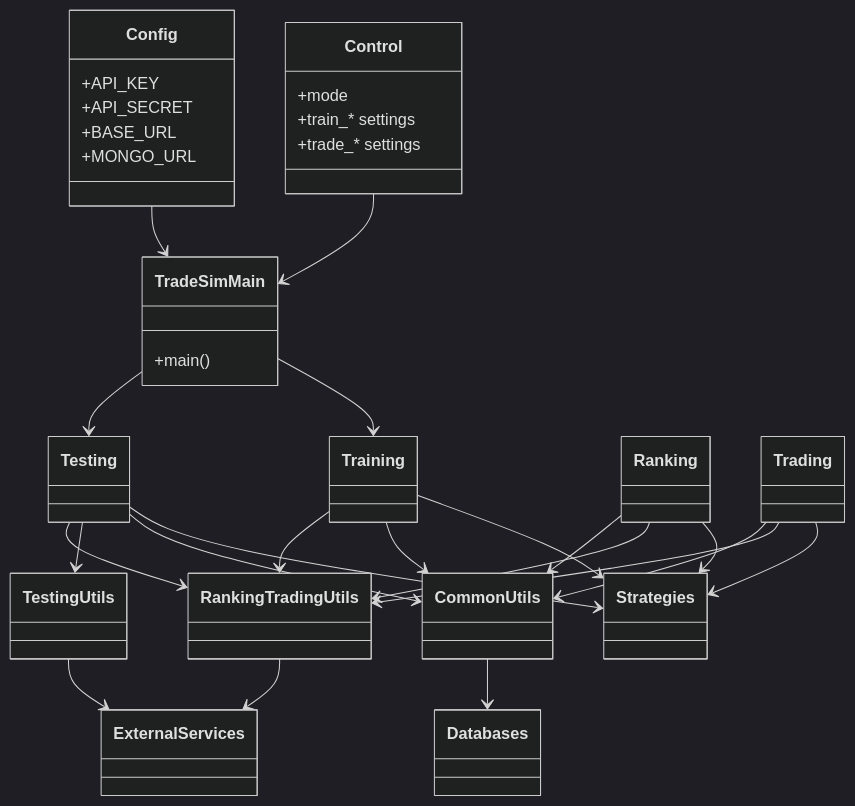
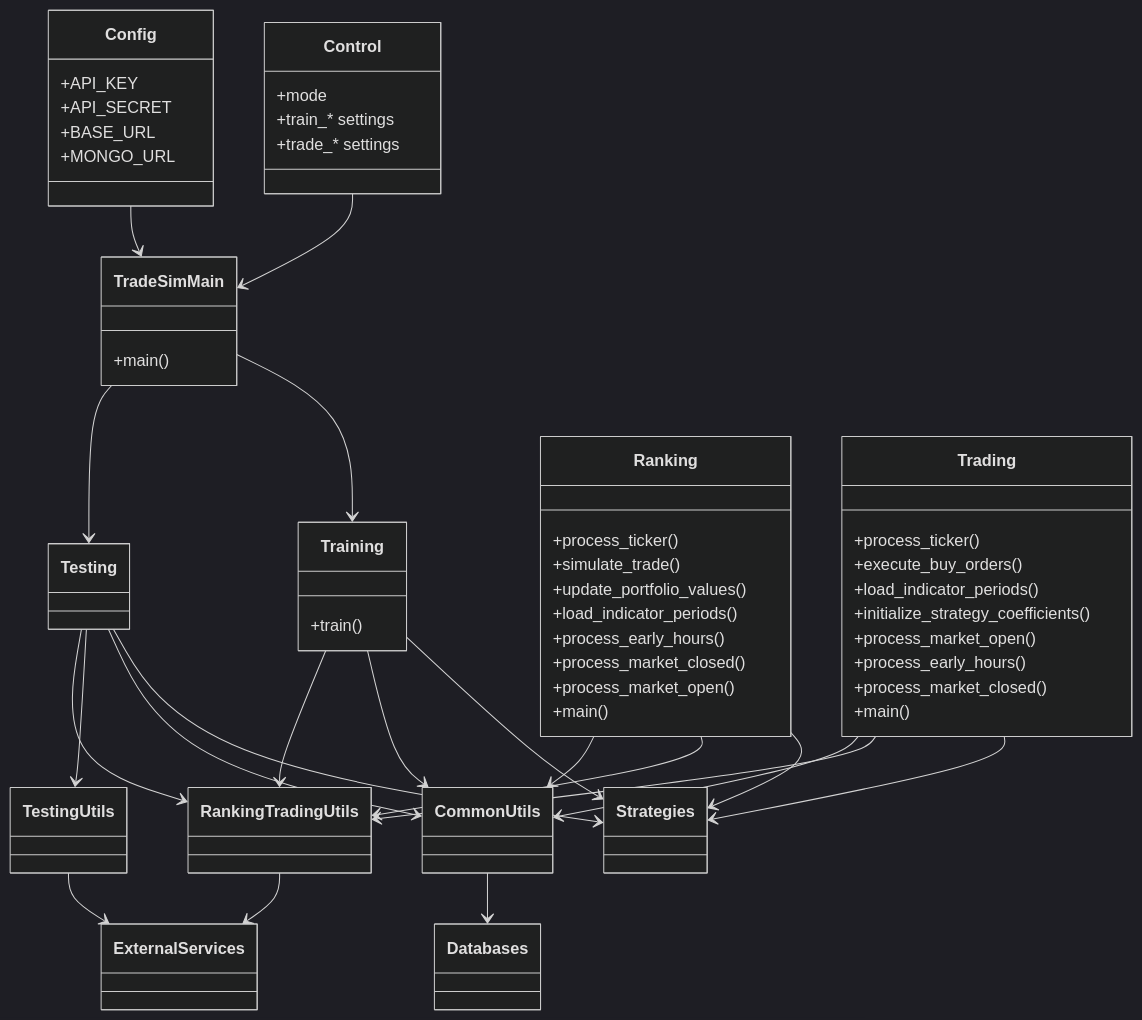
Before and after one commit to kapowie/ampyfin2: the diagram in docs/domain_model.mmd, drawn with Mermaid (dark theme).

Commit message:
docs: include key functions in domain model

```diff
--- a/docs/domain_model.mmd
+++ b/docs/domain_model.mmd
@@ -1,52 +1,72 @@
 classDiagram
     class Control {
         +mode
         +train_* settings
         +trade_* settings
     }
     class Config {
         +API_KEY
         +API_SECRET
         +BASE_URL
         +MONGO_URL
     }
     class TradeSimMain {
         +main()
     }
-    class Training
+    class Training {
+        +train()
+    }
     class Testing
-    class Ranking
-    class Trading
+    class Ranking {
+        +process_ticker()
+        +simulate_trade()
+        +update_portfolio_values()
+        +load_indicator_periods()
+        +process_early_hours()
+        +process_market_closed()
+        +process_market_open()
+        +main()
+    }
+    class Trading {
+        +process_ticker()
+        +execute_buy_orders()
+        +load_indicator_periods()
+        +initialize_strategy_coefficients()
+        +process_market_open()
+        +process_early_hours()
+        +process_market_closed()
+        +main()
+    }
     class Strategies
     class CommonUtils
     class RankingTradingUtils
     class TestingUtils
     class Databases
     class ExternalServices
 
     Control --> TradeSimMain
     Config --> TradeSimMain
 
     TradeSimMain --> Training
     TradeSimMain --> Testing
 
     Training --> Strategies
     Training --> CommonUtils
     Training --> RankingTradingUtils
 
     Testing --> Strategies
     Testing --> CommonUtils
     Testing --> TestingUtils
     Testing --> RankingTradingUtils
 
     Ranking --> Strategies
     Ranking --> RankingTradingUtils
     Ranking --> CommonUtils
 
     Trading --> Strategies
     Trading --> RankingTradingUtils
     Trading --> CommonUtils
 
     CommonUtils --> Databases
     RankingTradingUtils --> ExternalServices
     TestingUtils --> ExternalServices
```
